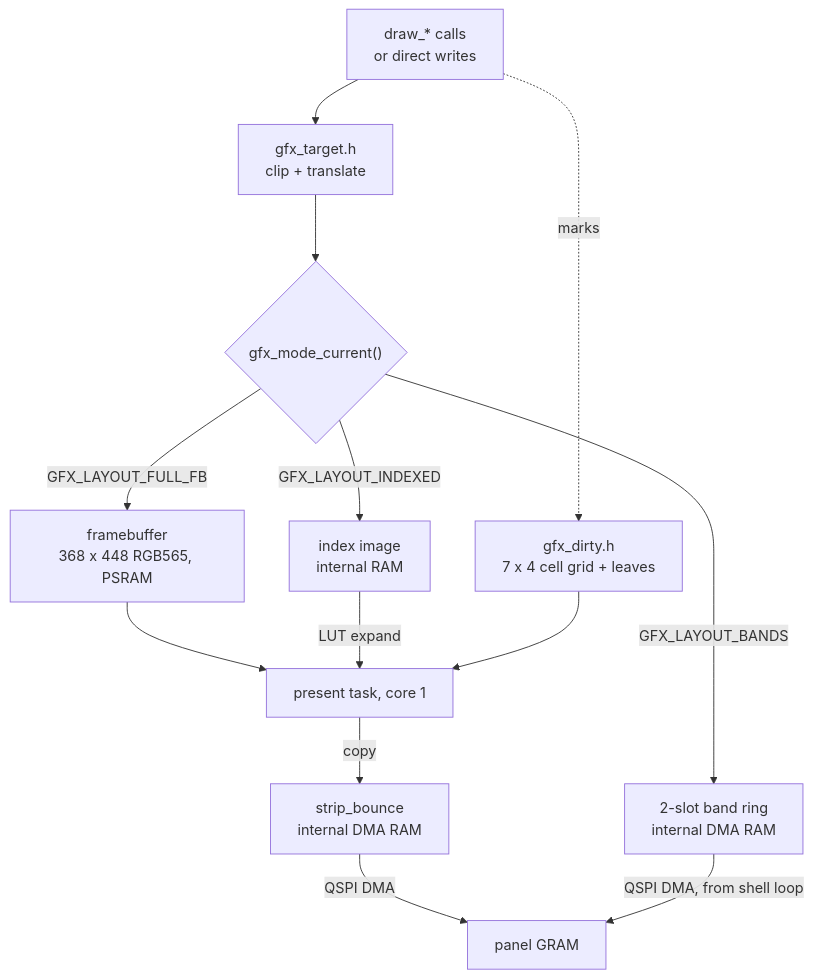
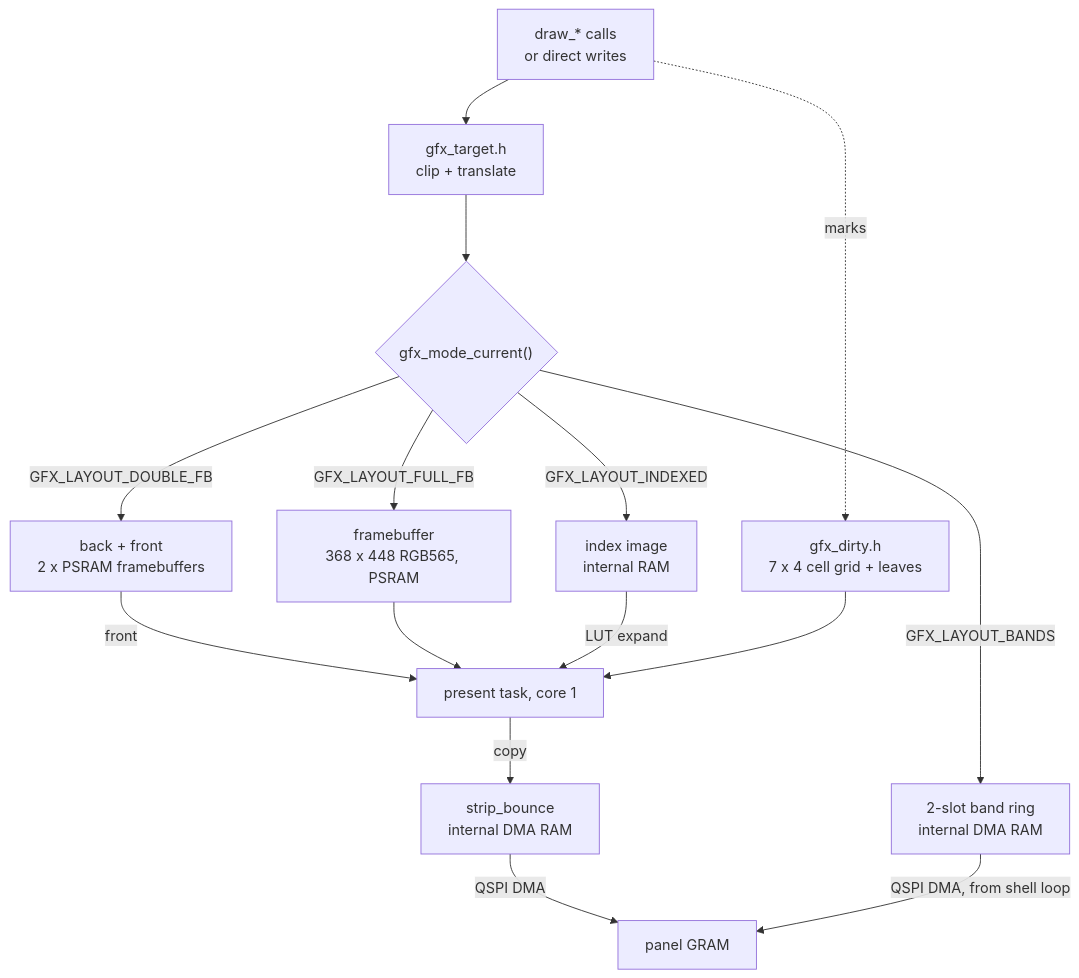
The first of 5 diagrams in docs/Gfx-and-Presentation.md (jose-villegas/autana), drawn with Mermaid before and after one commit. The commit also changed other lines of this file and 4 other files, not shown here.

````diff
--- a/docs/Gfx-and-Presentation.md
+++ b/docs/Gfx-and-Presentation.md
@@ -34,15 +34,17 @@
 ```mermaid
 flowchart TB
     DRAW["draw_* calls<br/>or direct writes"] --> TGT["gfx_target.h<br/>clip + translate"]
     TGT --> SEL{"gfx_mode_current()"}
     SEL -->|"GFX_LAYOUT_FULL_FB"| FB["framebuffer<br/>368 x 448 RGB565, PSRAM"]
     SEL -->|"GFX_LAYOUT_BANDS"| BR["2-slot band ring<br/>internal DMA RAM"]
     SEL -->|"GFX_LAYOUT_INDEXED"| IX["index image<br/>internal RAM"]
     DRAW -.->|"marks"| DT["gfx_dirty.h<br/>7 x 4 cell grid + leaves"]
+    SEL -->|"GFX_LAYOUT_DOUBLE_FB"| DB["back + front<br/>2 x PSRAM framebuffers"]
+    DB -->|"front"| PT
     FB --> PT["present task, core 1"]
     IX -->|"LUT expand"| PT
     DT --> PT
     PT -->|"copy"| BNC["strip_bounce<br/>internal DMA RAM"]
     BNC -->|"QSPI DMA"| PANEL["panel GRAM"]
     BR -->|"QSPI DMA, from shell loop"| PANEL
 ```
````
